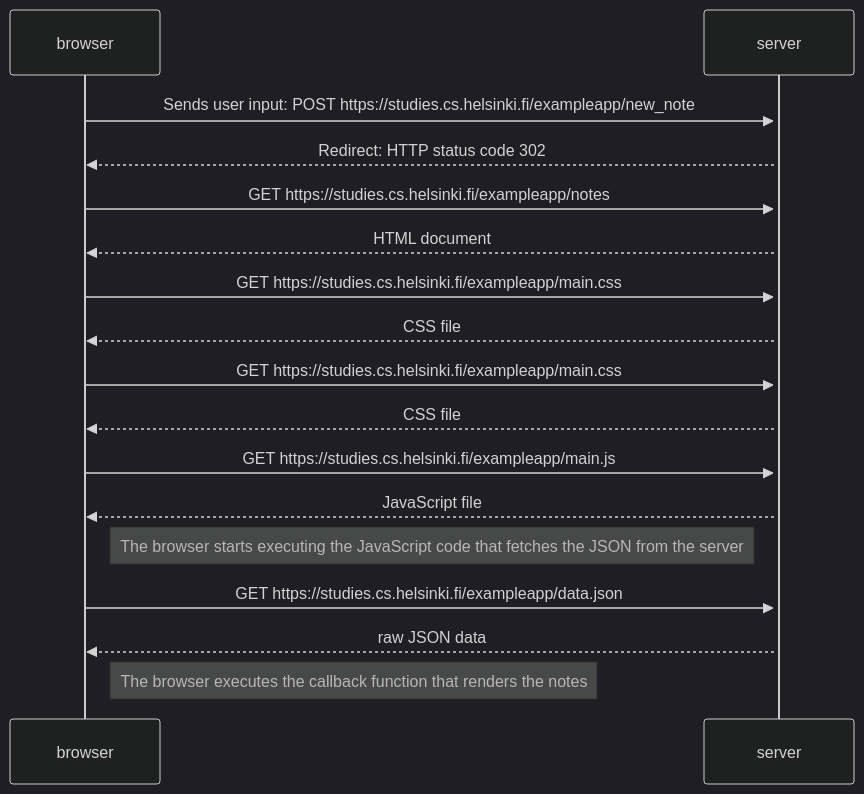
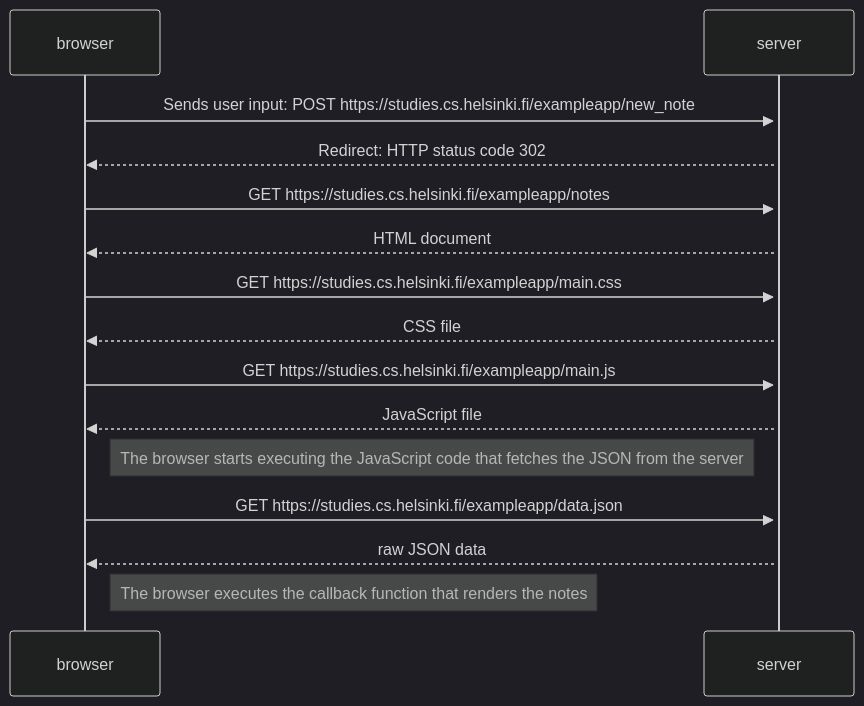
One commit to averygan/fullstackopen changed the diagram in part0/0.4_new_note_diagram.md. Above: the diagram before and after it, drawn with Mermaid (dark theme).

Commit message:
removed duplicated action

````diff
--- a/part0/0.4_new_note_diagram.md
+++ b/part0/0.4_new_note_diagram.md
@@ -1,27 +1,24 @@
 ```mermaid
 
 sequenceDiagram
     participant browser
     participant server
 
     browser->>+server: Sends user input: POST https://studies.cs.helsinki.fi/exampleapp/new_note
     server-->>browser: Redirect: HTTP status code 302
 
     browser->>server: GET https://studies.cs.helsinki.fi/exampleapp/notes
     server-->>browser: HTML document
 
     browser->>server: GET https://studies.cs.helsinki.fi/exampleapp/main.css
     server-->>browser: CSS file
 
-    browser->>server: GET https://studies.cs.helsinki.fi/exampleapp/main.css
-    server-->>browser: CSS file
-
     browser->>server: GET https://studies.cs.helsinki.fi/exampleapp/main.js
     server-->>browser: JavaScript file
     Note right of browser: The browser starts executing the JavaScript code that fetches the JSON from the server
 
     browser->>server: GET https://studies.cs.helsinki.fi/exampleapp/data.json
     server-->>browser: raw JSON data
     Note right of browser: The browser executes the callback function that renders the notes
 
 ```
````
